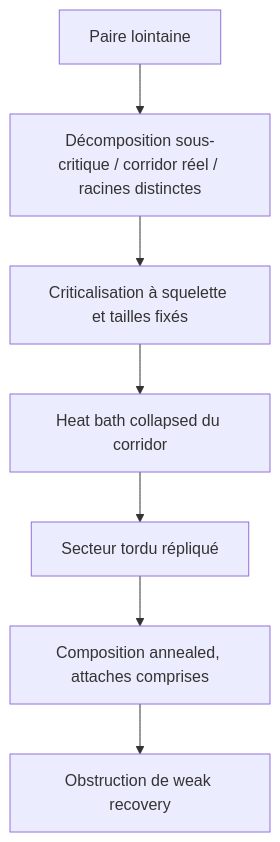
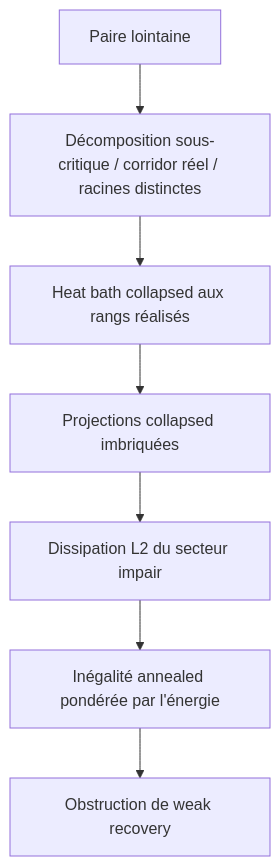
The diagram in research/hierarchical-swendsen-wang/README.md (Ludwig-H/Presentation-MathNet-2026-06-15), drawn with Mermaid before and after one commit. The commit also changed other lines of this file and 58 other files, not shown here.

````diff
--- a/research/hierarchical-swendsen-wang/README.md
+++ b/research/hierarchical-swendsen-wang/README.md
@@ -124,9 +155,9 @@
 ```mermaid
 flowchart TD
     P["Paire lointaine"] --> D["Décomposition sous-critique / corridor réel / racines distinctes"]
-    D --> C["Criticalisation à squelette et tailles fixés"]
-    C --> H["Heat bath collapsed du corridor"]
-    H --> X["Secteur tordu répliqué"]
-    X --> A["Composition annealed, attaches comprises"]
+    D --> H["Heat bath collapsed aux rangs réalisés"]
+    H --> X["Projections collapsed imbriquées"]
+    X --> T["Dissipation L2 du secteur impair"]
+    T --> A["Inégalité annealed pondérée par l'énergie"]
     A --> W["Obstruction de weak recovery"]
 ```
````
